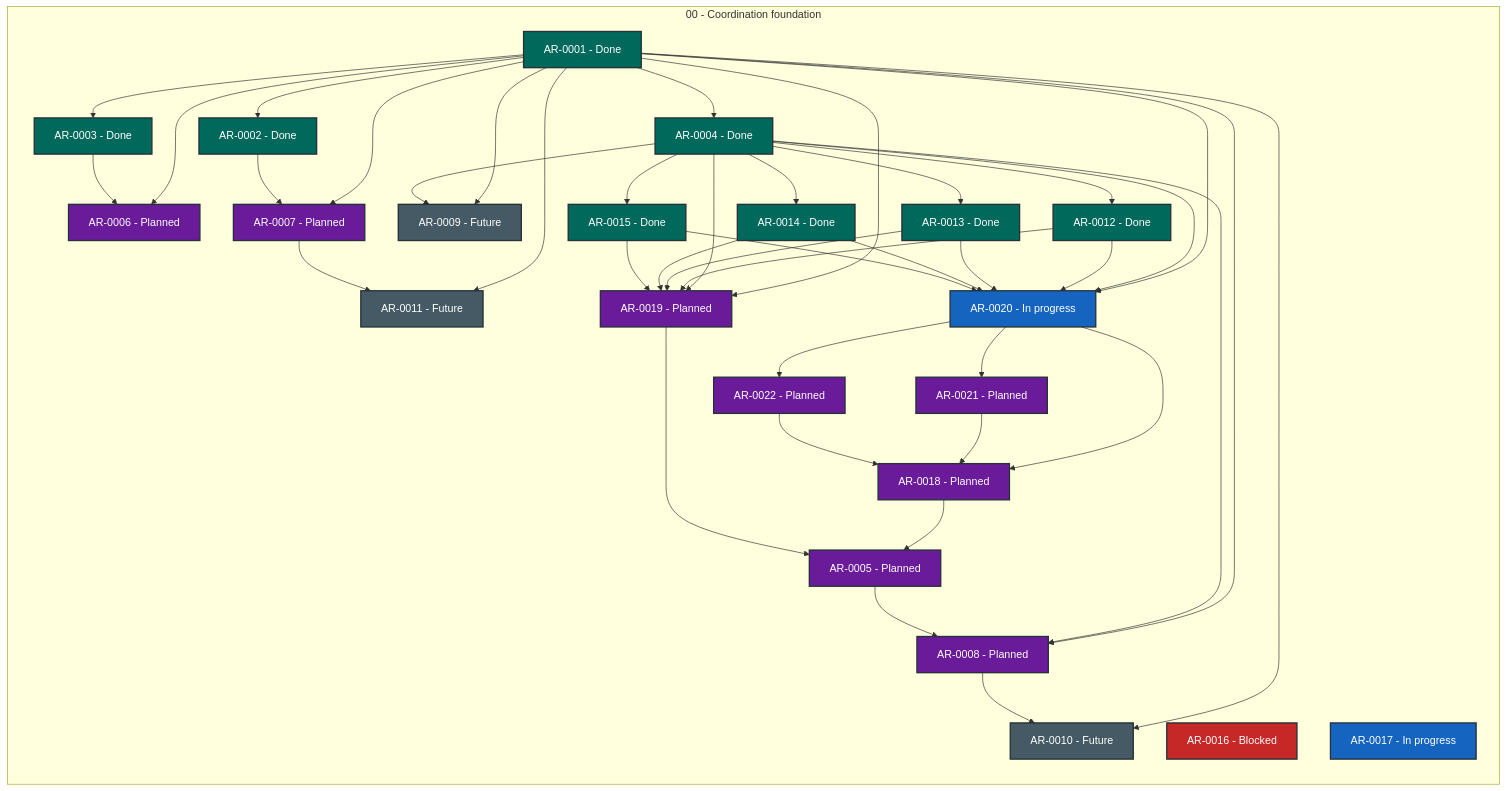
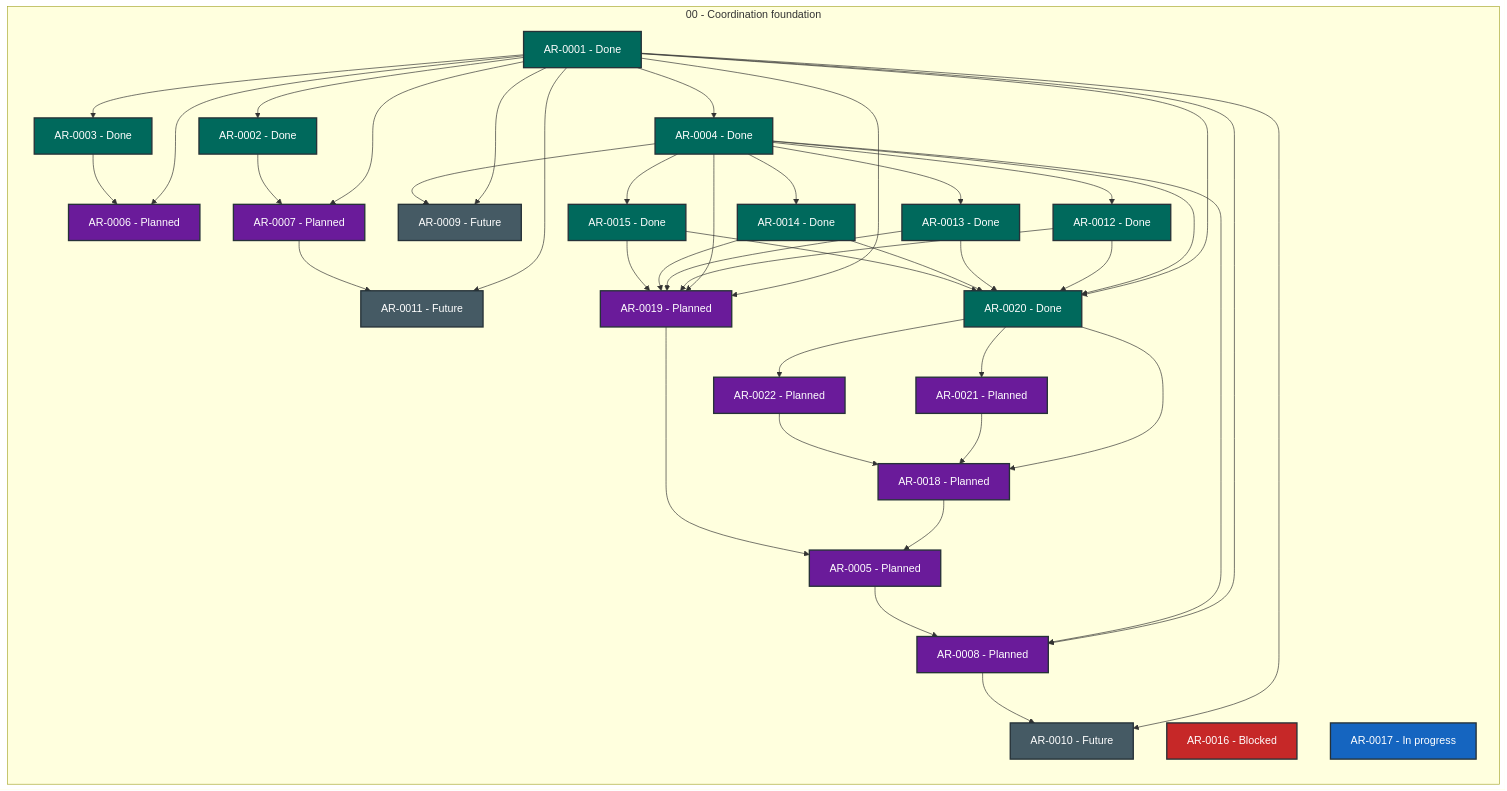
The diagram in STATUS.md (martin-beck/agent-workflow-quality-state), drawn with Mermaid before and after one commit. The commit also changed other lines of this file and 2 other files, not shown here.

````diff
--- a/STATUS.md
+++ b/STATUS.md
@@ -27,75 +27,75 @@
 ```mermaid
 flowchart LR
     subgraph series_00["00 - Coordination foundation"]
         direction TB
         AR_0001["AR-0001 - Done"]:::status_done
         AR_0002["AR-0002 - Done"]:::status_done
         AR_0003["AR-0003 - Done"]:::status_done
         AR_0004["AR-0004 - Done"]:::status_done
         AR_0005["AR-0005 - Planned"]:::status_planned
         AR_0006["AR-0006 - Planned"]:::status_planned
         AR_0007["AR-0007 - Planned"]:::status_planned
         AR_0008["AR-0008 - Planned"]:::status_planned
         AR_0009["AR-0009 - Future"]:::status_future
         AR_0010["AR-0010 - Future"]:::status_future
         AR_0011["AR-0011 - Future"]:::status_future
         AR_0012["AR-0012 - Done"]:::status_done
         AR_0013["AR-0013 - Done"]:::status_done
         AR_0014["AR-0014 - Done"]:::status_done
         AR_0015["AR-0015 - Done"]:::status_done
         AR_0016["AR-0016 - Blocked"]:::status_blocked
         AR_0017["AR-0017 - In progress"]:::status_in_progress
         AR_0018["AR-0018 - Planned"]:::status_planned
         AR_0019["AR-0019 - Planned"]:::status_planned
-        AR_0020["AR-0020 - In progress"]:::status_in_progress
+        AR_0020["AR-0020 - Done"]:::status_done
         AR_0021["AR-0021 - Planned"]:::status_planned
         AR_0022["AR-0022 - Planned"]:::status_planned
     end
     AR_0001 --> AR_0002
     AR_0001 --> AR_0003
     AR_0001 --> AR_0004
     AR_0001 --> AR_0006
     AR_0001 --> AR_0007
     AR_0001 --> AR_0008
     AR_0001 --> AR_0009
     AR_0001 --> AR_0010
     AR_0001 --> AR_0011
     AR_0001 --> AR_0019
     AR_0001 --> AR_0020
     AR_0002 --> AR_0007
     AR_0003 --> AR_0006
     AR_0004 --> AR_0008
     AR_0004 --> AR_0009
     AR_0004 --> AR_0012
     AR_0004 --> AR_0013
     AR_0004 --> AR_0014
     AR_0004 --> AR_0015
     AR_0004 --> AR_0019
     AR_0004 --> AR_0020
     AR_0005 --> AR_0008
     AR_0007 --> AR_0011
     AR_0008 --> AR_0010
     AR_0012 --> AR_0019
     AR_0012 --> AR_0020
     AR_0013 --> AR_0019
     AR_0013 --> AR_0020
     AR_0014 --> AR_0019
     AR_0014 --> AR_0020
     AR_0015 --> AR_0019
     AR_0015 --> AR_0020
     AR_0018 --> AR_0005
     AR_0019 --> AR_0005
     AR_0020 --> AR_0018
     AR_0020 --> AR_0021
     AR_0020 --> AR_0022
     AR_0021 --> AR_0018
     AR_0022 --> AR_0018
     classDef status_in_progress fill:#1565c0,color:#ffffff,stroke:#263238,stroke-width:2px
     classDef status_open fill:#2e7d32,color:#ffffff,stroke:#263238,stroke-width:2px
     classDef status_blocked fill:#c62828,color:#ffffff,stroke:#263238,stroke-width:2px
     classDef status_planned fill:#6a1b9a,color:#ffffff,stroke:#263238,stroke-width:2px
     classDef status_future fill:#455a64,color:#ffffff,stroke:#263238,stroke-width:2px
     classDef status_done fill:#00695c,color:#ffffff,stroke:#263238,stroke-width:2px
     classDef status_cancelled fill:#616161,color:#ffffff,stroke:#263238,stroke-width:2px
     classDef status_superseded fill:#5d4037,color:#ffffff,stroke:#263238,stroke-width:2px
 ```
````
